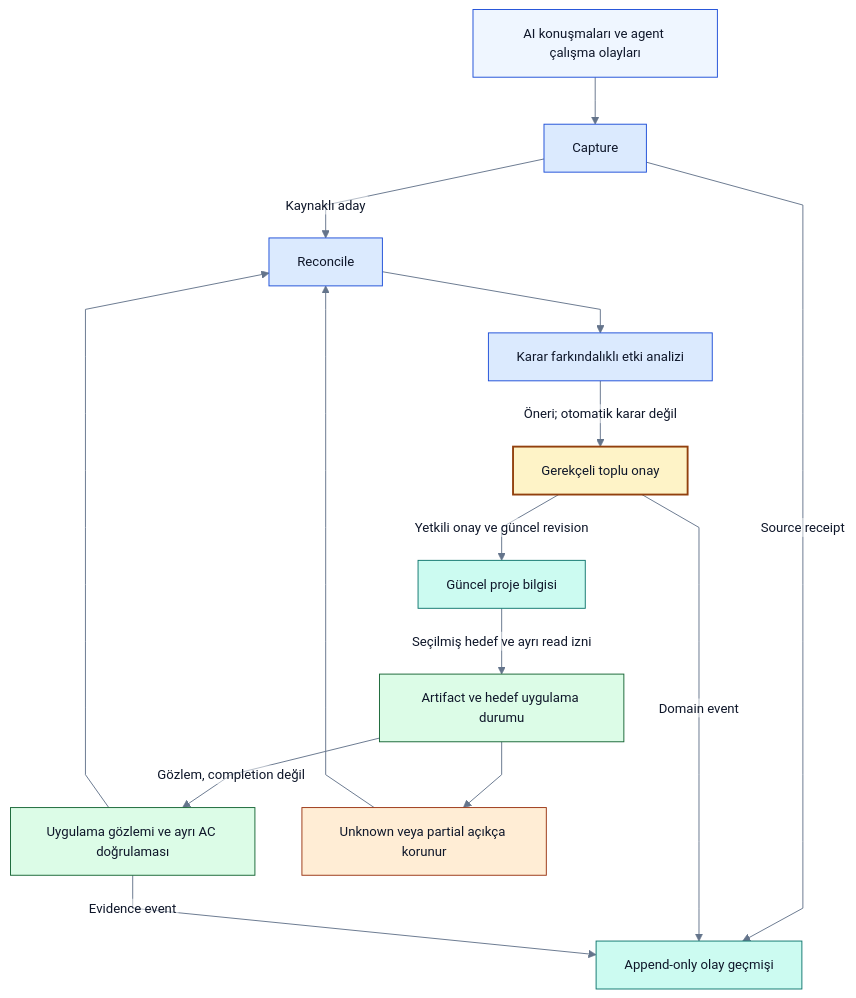
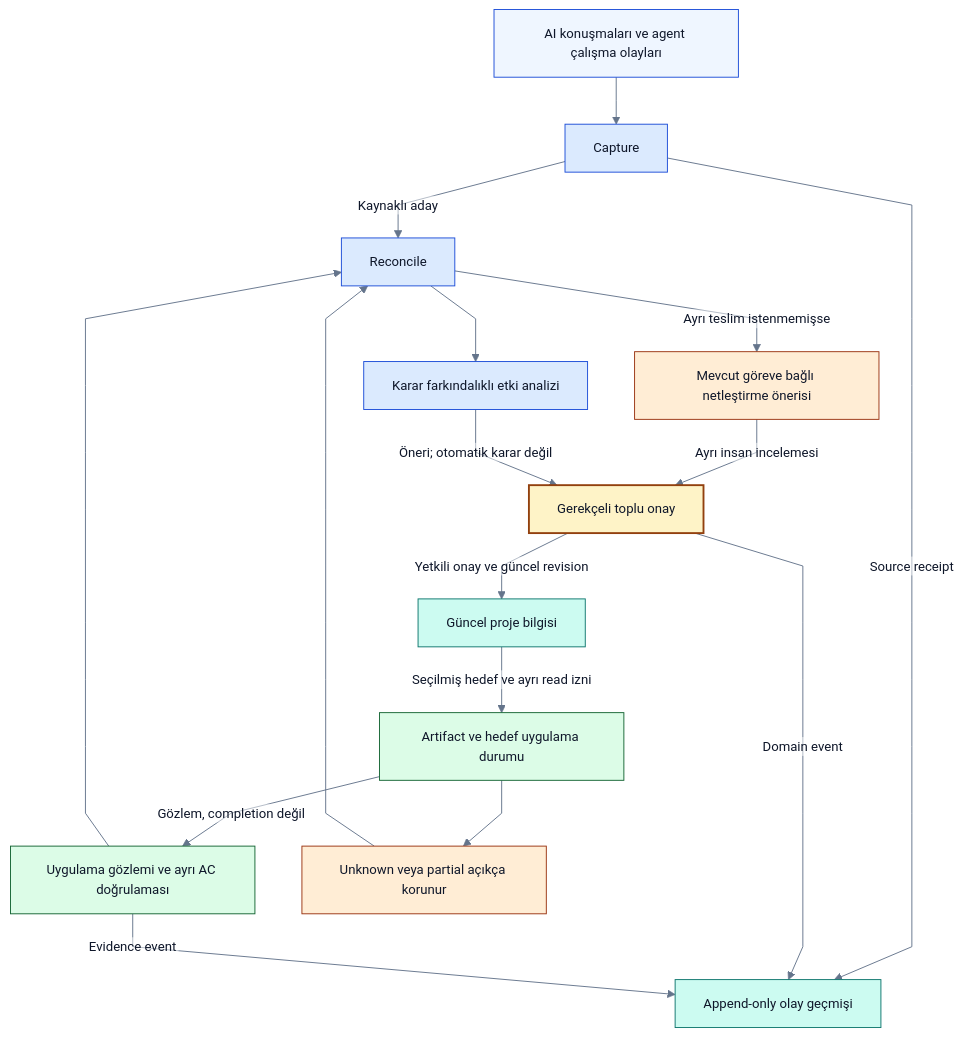
The diagram in README.md (alphanAkbulut/decivora), drawn with Mermaid before and after one commit. The commit also changed other lines of this file and 24 other files, not shown here.

````diff
--- a/README.md
+++ b/README.md
@@ -67,31 +69,33 @@
 ```mermaid
 %%{init: {"theme":"base","themeVariables":{"fontFamily":"Arial, sans-serif","fontSize":"14px","primaryColor":"#eff6ff","primaryTextColor":"#0f172a","primaryBorderColor":"#1d4ed8","lineColor":"#64748b","secondaryColor":"#ccfbf1","tertiaryColor":"#f1f5f9","background":"#ffffff","mainBkg":"#eff6ff","textColor":"#0f172a","clusterBkg":"#f8fafc","clusterBorder":"#94a3b8","edgeLabelBackground":"#ffffff","actorBkg":"#eff6ff","actorTextColor":"#0f172a","actorBorder":"#1d4ed8","signalColor":"#64748b","signalTextColor":"#0f172a","noteBkgColor":"#fef3c7","noteTextColor":"#0f172a","noteBorderColor":"#92400e"},"flowchart":{"htmlLabels":false,"curve":"linear"},"sequence":{"wrap":true},"themeCSS":"background-color:#ffffff;"}}%%
 flowchart TB
     accTitle: Karar, uygulama ve kanıt döngüsü
     accDescr: Önerilen tasarım veya açıkça belirtilen sentetik örnek. Renkler alan ve kontrol türünü gösterir; implemented veya passed kanıtı değildir. Yetki, revision ve coverage sınırları korunur.
     A[AI konuşmaları ve agent çalışma olayları] --> B[Capture]
     B -->|Kaynaklı aday| C[Reconcile]
     C --> D[Karar farkındalıklı etki analizi]
+    C -->|Ayrı teslim istenmemişse| Q[Mevcut göreve bağlı netleştirme önerisi]
+    Q -->|Ayrı insan incelemesi| E
     D -->|Öneri; otomatik karar değil| E[Gerekçeli toplu onay]
     E -->|Yetkili onay ve güncel revision| F[Güncel proje bilgisi]
     F -->|Seçilmiş hedef ve ayrı read izni| X[Artifact ve hedef uygulama durumu]
     X -->|Gözlem, completion değil| G[Uygulama gözlemi ve ayrı AC doğrulaması]
     X --> U[Unknown veya partial açıkça korunur]
     G --> C
     U --> C
     B -->|Source receipt| H[Append-only olay geçmişi]
     E -->|Domain event| H
     G -->|Evidence event| H
     classDef source fill:#eff6ff,stroke:#1d4ed8,color:#0f172a
     classDef process fill:#dbeafe,stroke:#1d4ed8,color:#0f172a
     classDef gate fill:#fef3c7,stroke:#92400e,color:#0f172a,stroke-width:2px
     classDef store fill:#ccfbf1,stroke:#0f766e,color:#0f172a
     classDef evidence fill:#dcfce7,stroke:#166534,color:#0f172a
     classDef warning fill:#ffedd5,stroke:#9a3412,color:#0f172a
     class A source
     class B,C,D process
     class E gate
     class F,H store
     class G,X evidence
-    class U warning
+    class U,Q warning
 ```
````
